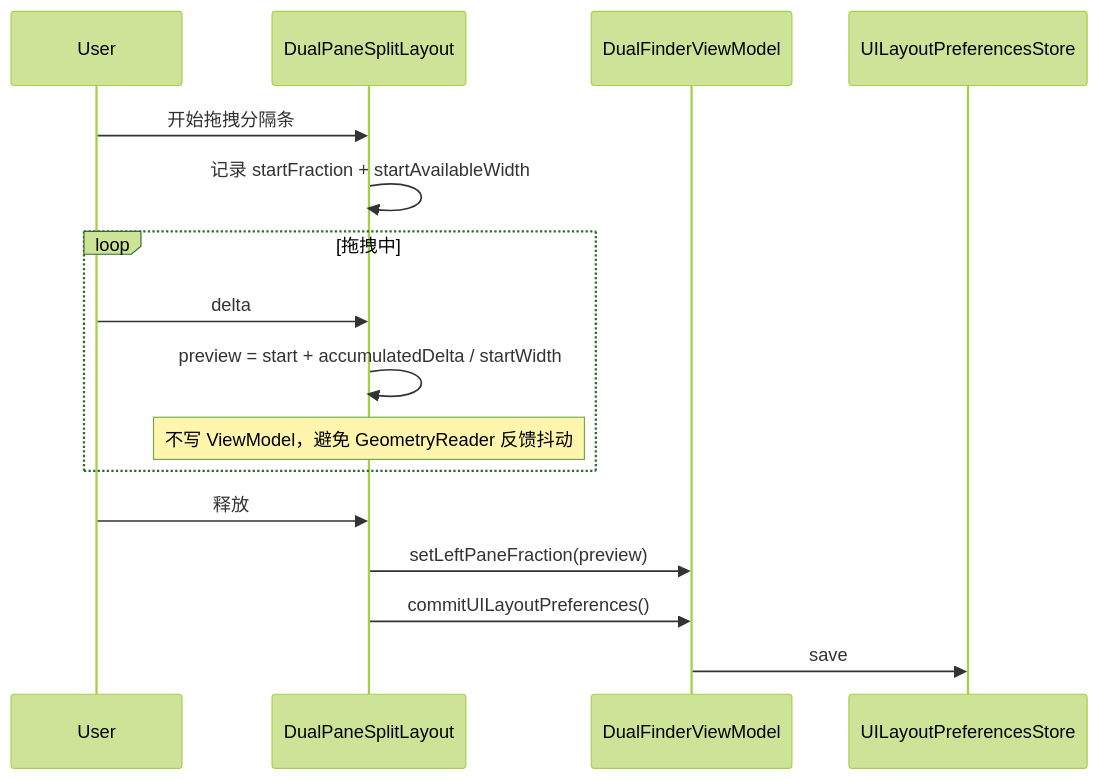
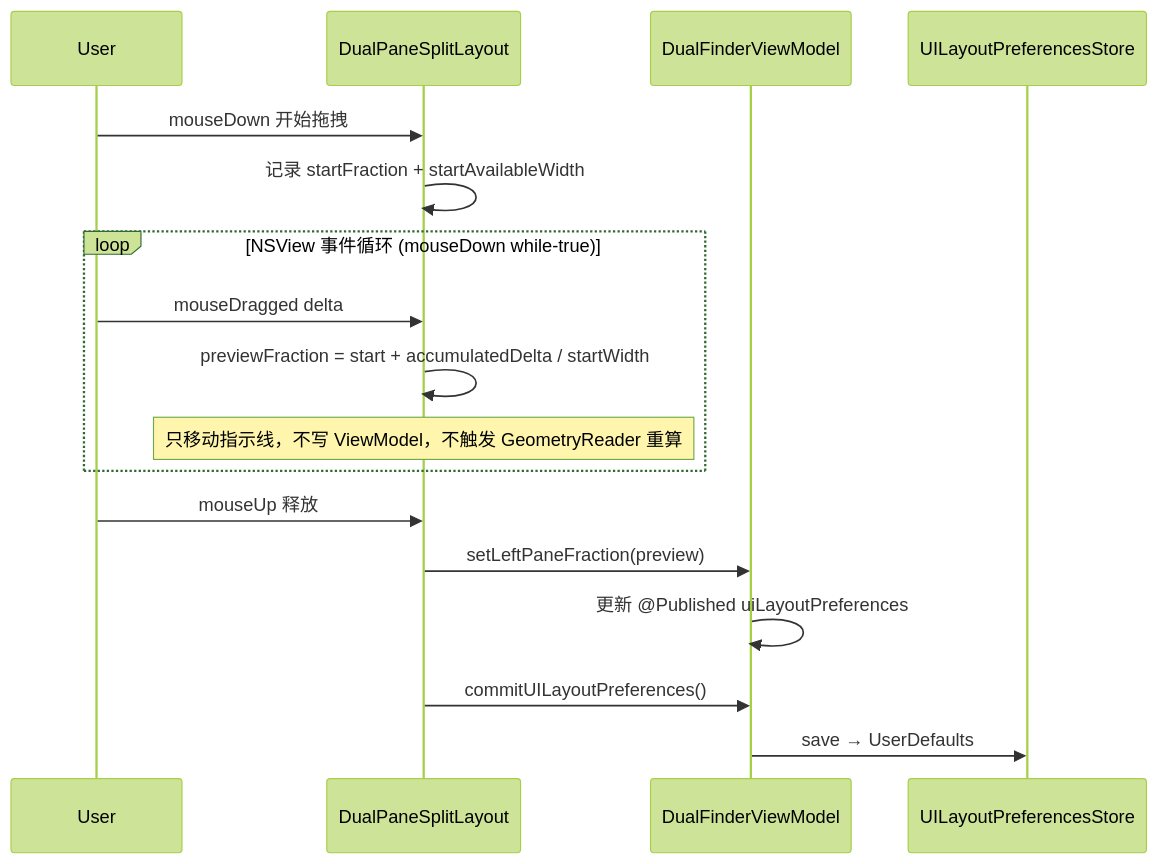
One commit to olojiang/dual_finder changed the second of 4 diagrams in local_docs/adjust_ui_resize.md. Above: the diagram before and after it, drawn with Mermaid (forest theme). The commit also changed other lines of this file and 6 other files, not shown here.

````diff
--- a/local_docs/adjust_ui_resize.md
+++ b/local_docs/adjust_ui_resize.md
@@ -105,19 +108,20 @@
 ```mermaid
 sequenceDiagram
     participant User
     participant Split as DualPaneSplitLayout
     participant VM as DualFinderViewModel
     participant Store as UILayoutPreferencesStore
 
-    User->>Split: 开始拖拽分隔条
+    User->>Split: mouseDown 开始拖拽
     Split->>Split: 记录 startFraction + startAvailableWidth
-    loop 拖拽中
-        User->>Split: delta
-        Split->>Split: preview = start + accumulatedDelta / startWidth
-        Note over Split: 不写 ViewModel，避免 GeometryReader 反馈抖动
+    loop NSView 事件循环 (mouseDown while-true)
+        User->>Split: mouseDragged delta
+        Split->>Split: previewFraction = start + accumulatedDelta / startWidth
+        Note over Split: 只移动指示线，不写 ViewModel，不触发 GeometryReader 重算
     end
-    User->>Split: 释放
+    User->>Split: mouseUp 释放
     Split->>VM: setLeftPaneFraction(preview)
+    VM->>VM: 更新 @Published uiLayoutPreferences
     Split->>VM: commitUILayoutPreferences()
-    VM->>Store: save
+    VM->>Store: save → UserDefaults
 ```
````
